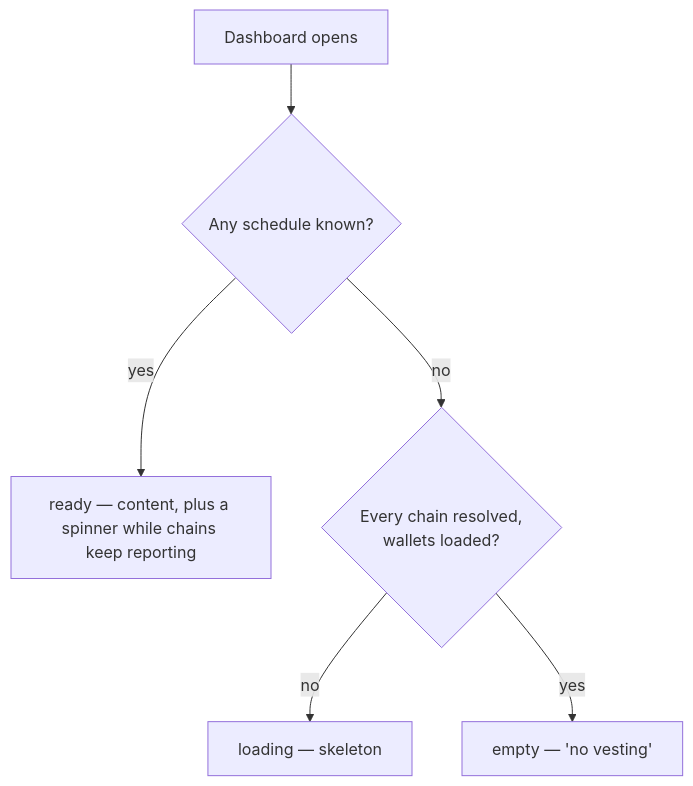
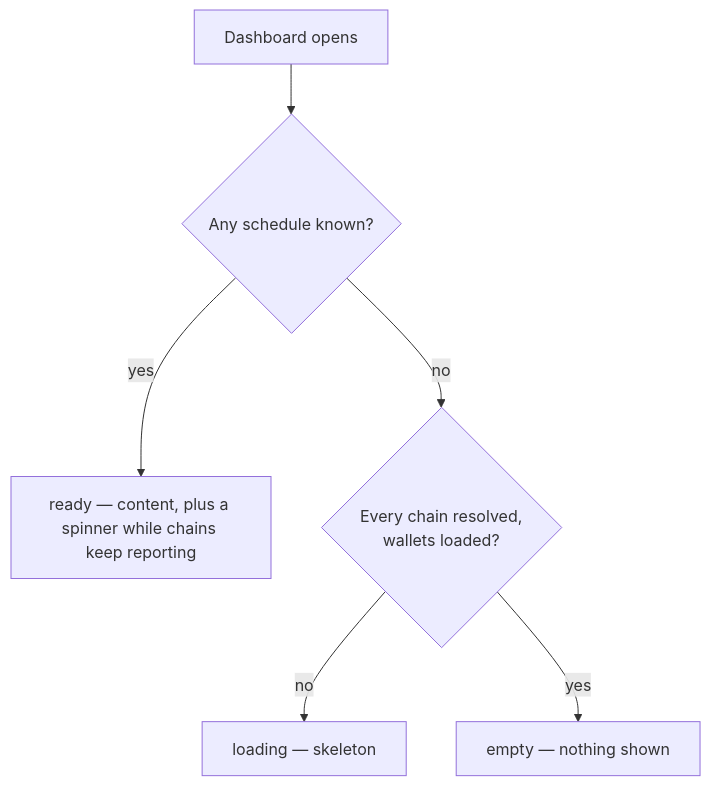
Before and after one commit to novasamatech/nova-spektr: the diagram in src/renderer/aggregates/vesting-portfolio/README.md, drawn with Mermaid. The commit also changed other lines of this file and 7 other files, not shown here.

First line of the commit message:
fix: portfolio overview vesting scope and empty states (#5960)

````diff
--- a/src/renderer/aggregates/vesting-portfolio/README.md
+++ b/src/renderer/aggregates/vesting-portfolio/README.md
@@ -62,8 +62,8 @@
 ```mermaid
 flowchart TD
     START["Dashboard opens"] --> Q1{"Any schedule known?"}
     Q1 -- "yes" --> READY["ready — content, plus a spinner while chains keep reporting"]
     Q1 -- "no" --> Q2{"Every chain resolved,<br/>wallets loaded?"}
     Q2 -- "no" --> LOAD["loading — skeleton"]
-    Q2 -- "yes" --> EMPTY["empty — 'no vesting'"]
+    Q2 -- "yes" --> EMPTY["empty — nothing shown"]
 ```
````
